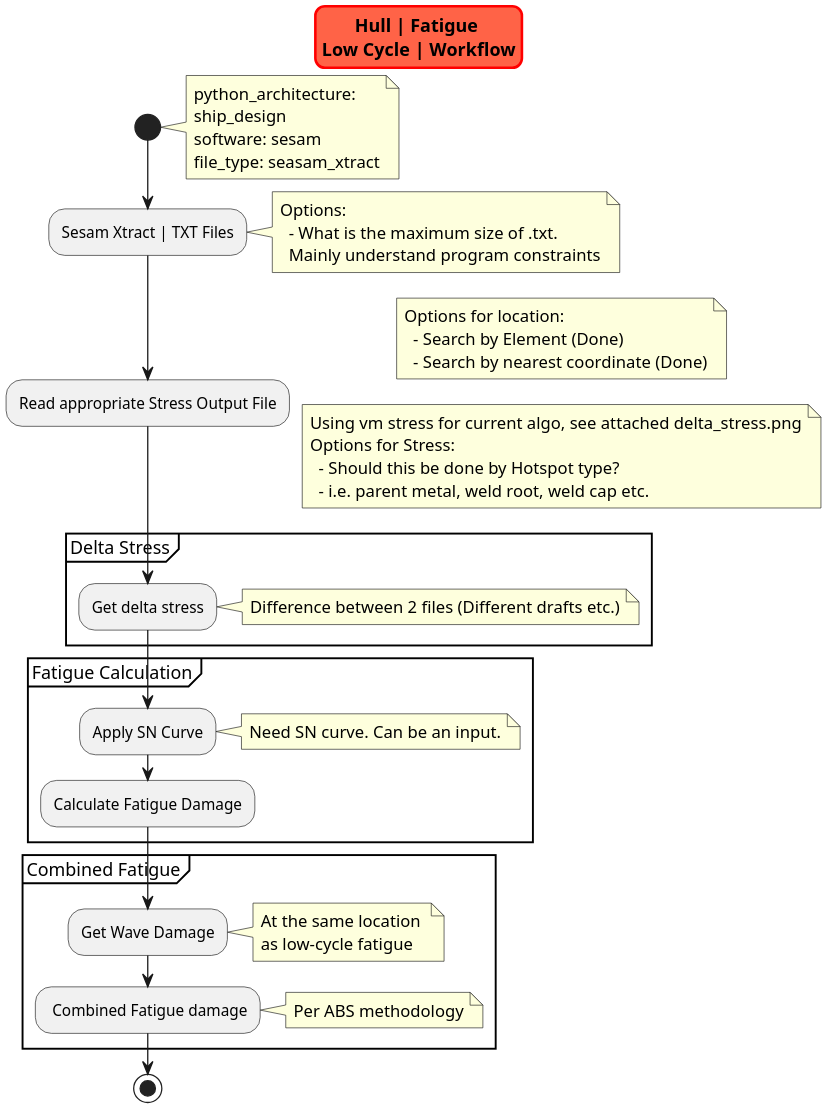
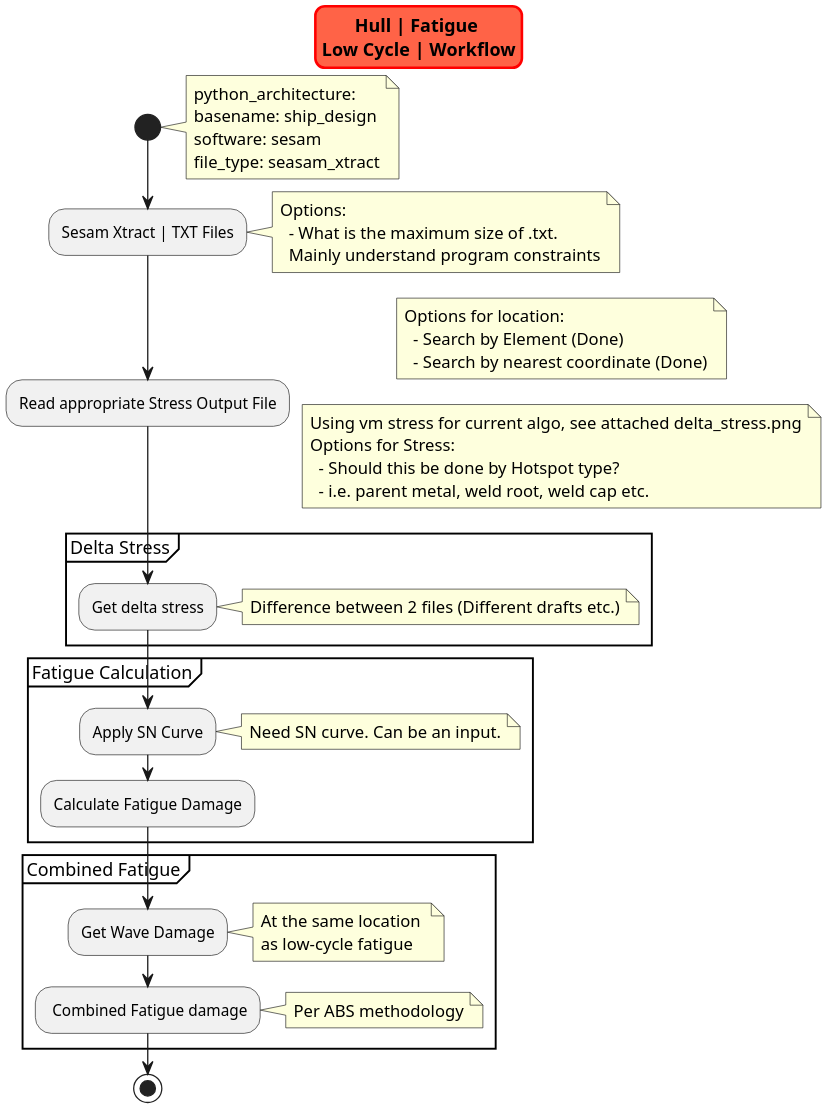
The diagram in docs/ship_design/low_cycle_fatigue_workflow.puml (vamseeachanta/digitalmodel), drawn with PlantUML before and after one commit. The commit also changed 17 other files, not shown here.

```diff
--- a/docs/ship_design/low_cycle_fatigue_workflow.puml
+++ b/docs/ship_design/low_cycle_fatigue_workflow.puml
@@ -1,78 +1,78 @@
 @startuml  low_cycle_fatigue_workflow
 
 scale 2
 skinparam titleBorderRoundCorner 15
 skinparam titleBorderThickness 2
 skinparam titleBorderColor red
 skinparam titleBackgroundColor Tomato
 
 title Hull | Fatigue \nLow Cycle | Workflow
 
 start
 
   note right
   python_architecture:
-  ship_design
+  basename: ship_design
   software: sesam
   file_type: seasam_xtract
   end note
 
 :Sesam Xtract | TXT Files;
   note right
   Options:
     - What is the maximum size of .txt. 
     Mainly understand program constraints
   end note
 
 :Read appropriate Stress Output File;
   note right
   Options for location:
     - Search by Element (Done)
     - Search by nearest coordinate (Done)
   end note
 
   note right
   Using vm stress for current algo, see attached delta_stress.png
   Options for Stress:
     - Should this be done by Hotspot type?
     - i.e. parent metal, weld root, weld cap etc.
   end note
 
 partition Delta Stress {
 
 :Get delta stress;
   note right
   Difference between 2 files (Different drafts etc.)
   end note
 
 }
 
 partition Fatigue Calculation {
 
 :Apply SN Curve;
   note right
   Need SN curve. Can be an input.
   end note
 
 :Calculate Fatigue Damage;
 
 }
 
 
 partition Combined Fatigue {
 
 :Get Wave Damage;
   note right
   At the same location 
   as low-cycle fatigue
   end note
 
 : Combined Fatigue damage;
   note right
   Per ABS methodology
   end note
 
 }
 
 stop
 @enduml
```
